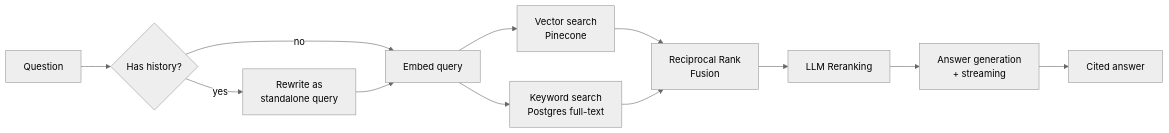
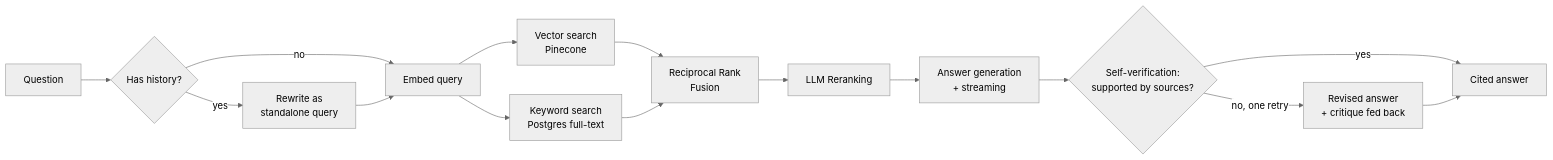
One commit to Zephyrex21/agentic-rag-assistant changed the diagram in README.md. Above: the diagram before and after it, drawn with Mermaid (neutral theme). The commit also changed other lines of this file and 28 other files, not shown here.

````diff
--- a/README.md
+++ b/README.md
@@ -20,14 +21,17 @@
 ```mermaid
 flowchart LR
     Q[Question] --> RW{Has history?}
     RW -->|yes| RWQ[Rewrite as<br/>standalone query]
     RW -->|no| EMB
     RWQ --> EMB[Embed query]
     EMB --> VEC[Vector search<br/>Pinecone]
     EMB --> KW[Keyword search<br/>Postgres full-text]
     VEC --> FUSE[Reciprocal Rank<br/>Fusion]
     KW --> FUSE
     FUSE --> RERANK[LLM Reranking]
     RERANK --> GEN[Answer generation<br/>+ streaming]
-    GEN --> OUT[Cited answer]
+    GEN --> VERIFY{Self-verification:<br/>supported by sources?}
+    VERIFY -->|yes| OUT[Cited answer]
+    VERIFY -->|no, one retry| REVISE[Revised answer<br/>+ critique fed back]
+    REVISE --> OUT
 ```
````
